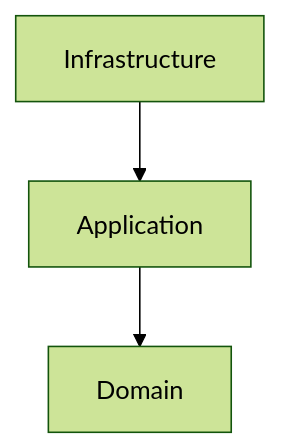
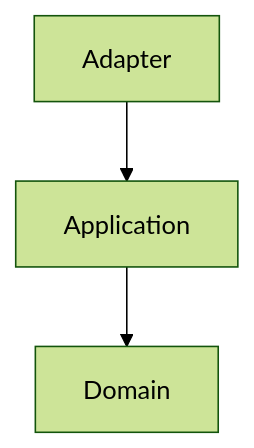
The first of 3 diagrams in .github/copilot-instructions.md (1ChristianAlex/motordesk), drawn with Mermaid (forest theme) before and after one commit. The commit also changed 13 other files, not shown here.

````diff
--- a/.github/copilot-instructions.md
+++ b/.github/copilot-instructions.md
@@ -32,4 +32,4 @@
 ```mermaid
 flowchart TB
-    Infrastructure --> Application --> Domain
+    Adapter --> Application --> Domain
 ```
````
